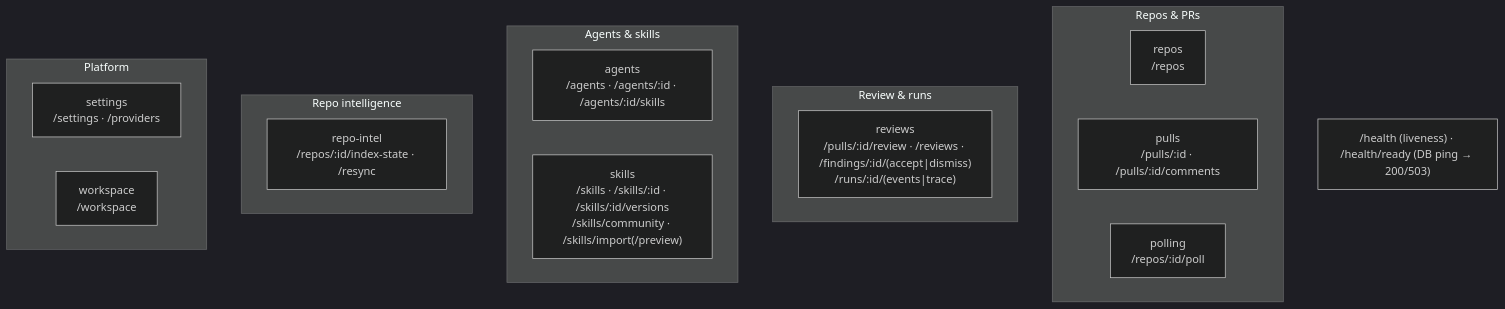
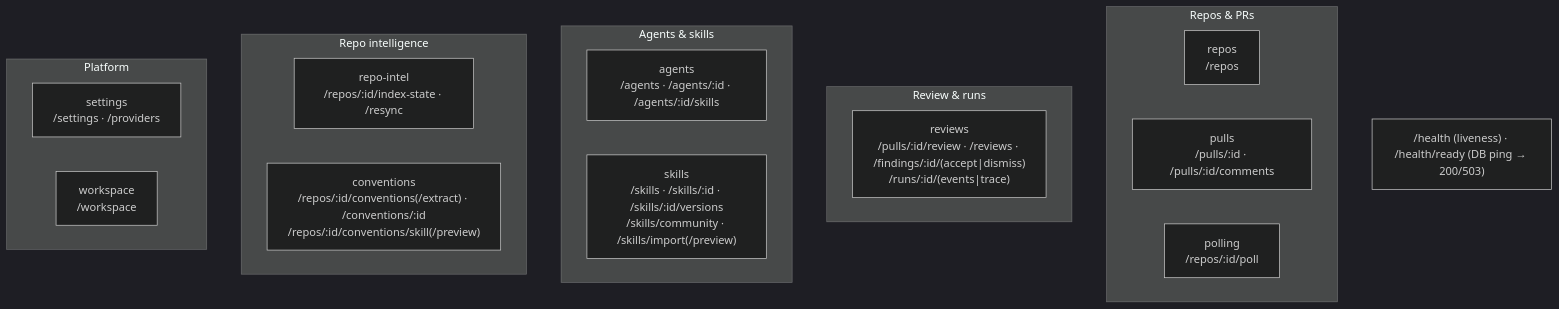
One commit to vklyovsa/dev-digest changed the second of 2 diagrams in server/README.md. Above: the diagram before and after it, drawn with Mermaid (dark theme). The commit also changed 139 other files, not shown here.

````diff
--- a/server/README.md
+++ b/server/README.md
@@ -64,23 +64,24 @@
 ```mermaid
 flowchart TB
   subgraph Repos_PRs["Repos & PRs"]
     repos["repos<br/>/repos"]
     pulls["pulls<br/>/pulls/:id · /pulls/:id/comments"]
     polling["polling<br/>/repos/:id/poll"]
   end
   subgraph Review["Review & runs"]
     reviews["reviews<br/>/pulls/:id/review · /reviews · /findings/:id/(accept|dismiss)<br/>/runs/:id/(events|trace)"]
   end
   subgraph Agents["Agents & skills"]
     agents["agents<br/>/agents · /agents/:id · /agents/:id/skills"]
     skills["skills<br/>/skills · /skills/:id · /skills/:id/versions<br/>/skills/community · /skills/import(/preview)"]
   end
   subgraph Intel["Repo intelligence"]
     repoIntel["repo-intel<br/>/repos/:id/index-state · /resync"]
+    conventions["conventions<br/>/repos/:id/conventions(/extract) · /conventions/:id<br/>/repos/:id/conventions/skill(/preview)"]
   end
   subgraph Platform["Platform"]
     settings["settings<br/>/settings · /providers"]
     workspace["workspace<br/>/workspace"]
   end
   HEALTH["/health (liveness) · /health/ready (DB ping → 200/503)"]
 ```
````
